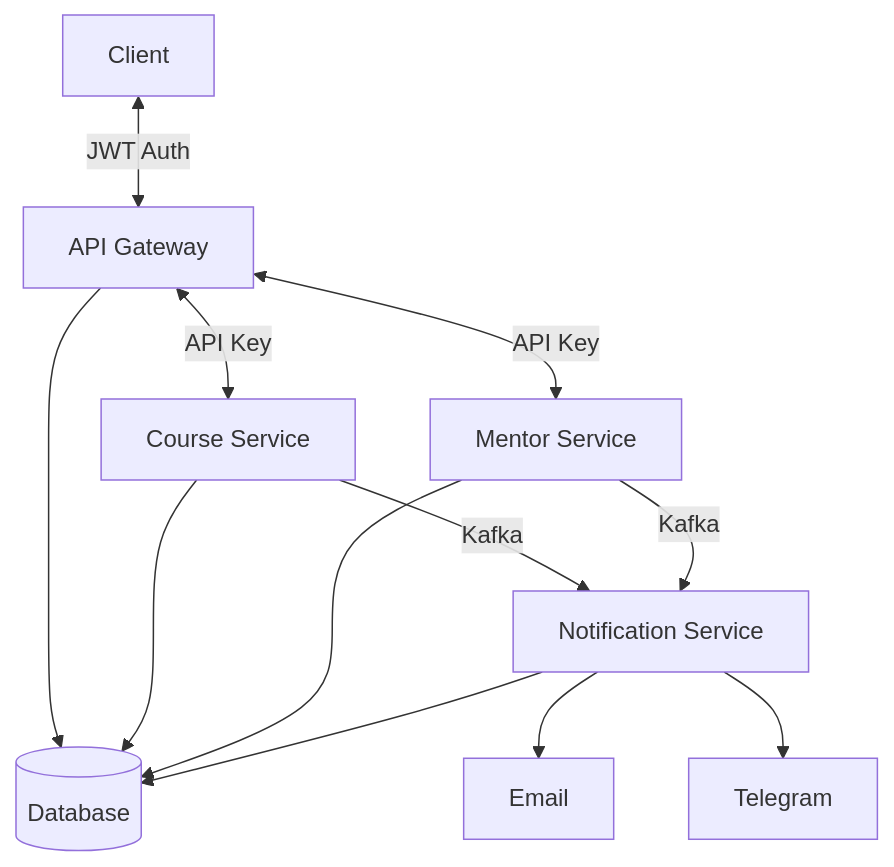
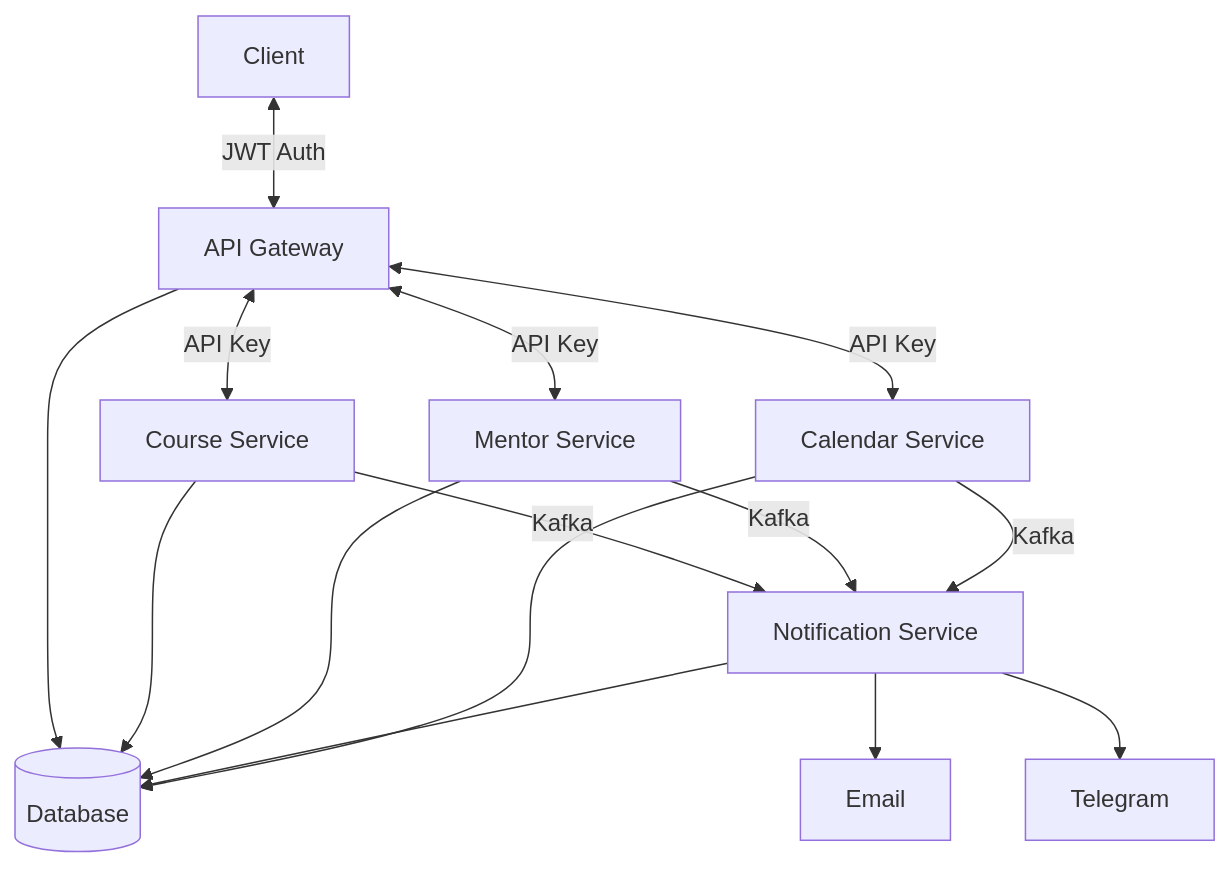
One commit to VladislavYurin/learning-platform changed the diagram in README.md. Above: the diagram before and after it, drawn with Mermaid. The commit also changed other lines of this file and 199 other files, not shown here.

````diff
--- a/README.md
+++ b/README.md
@@ -7,14 +7,17 @@
 ```mermaid
 graph TD
     A[Client] <-->|JWT Auth| B[API Gateway]
     B <-->|API Key| C[Course Service]
     B <-->|API Key| D[Mentor Service]
+    B <-->|API Key| M[Calendar Service]
     C -->|Kafka| E[Notification Service]
     D -->|Kafka| E
+    M -->|Kafka| E
     B --> F[(Database)]
     C --> F
     D --> F
     E --> F
+    M --> F
     E --> G[Email]
     E --> H[Telegram]
 ```
````
